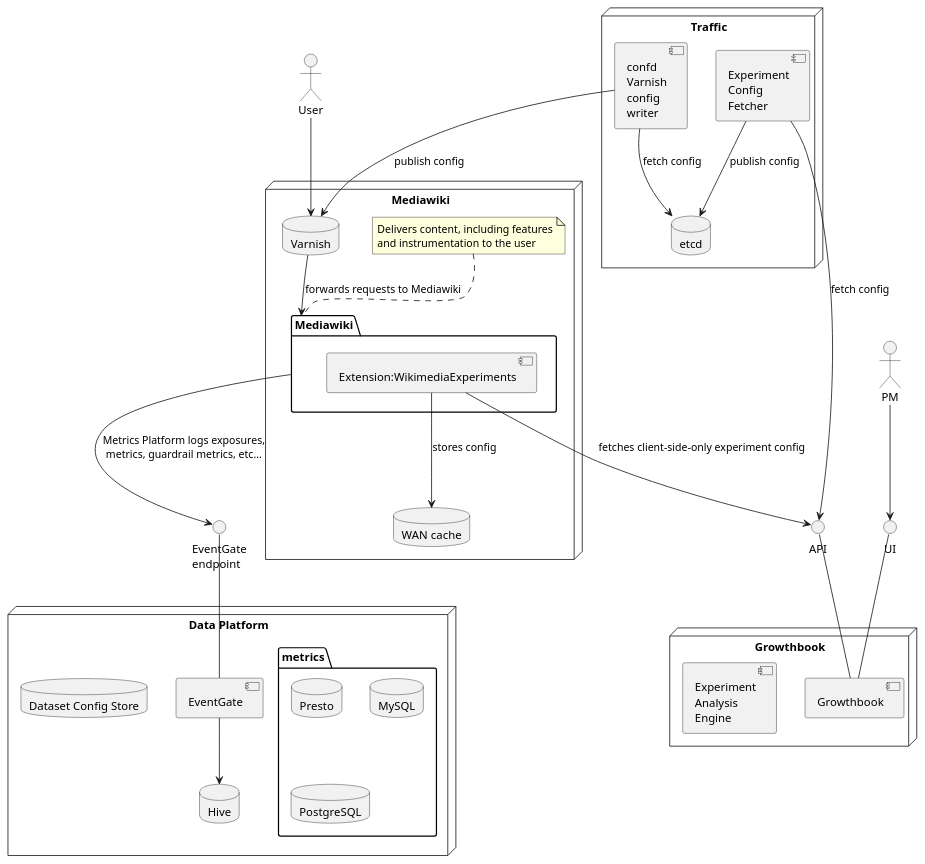
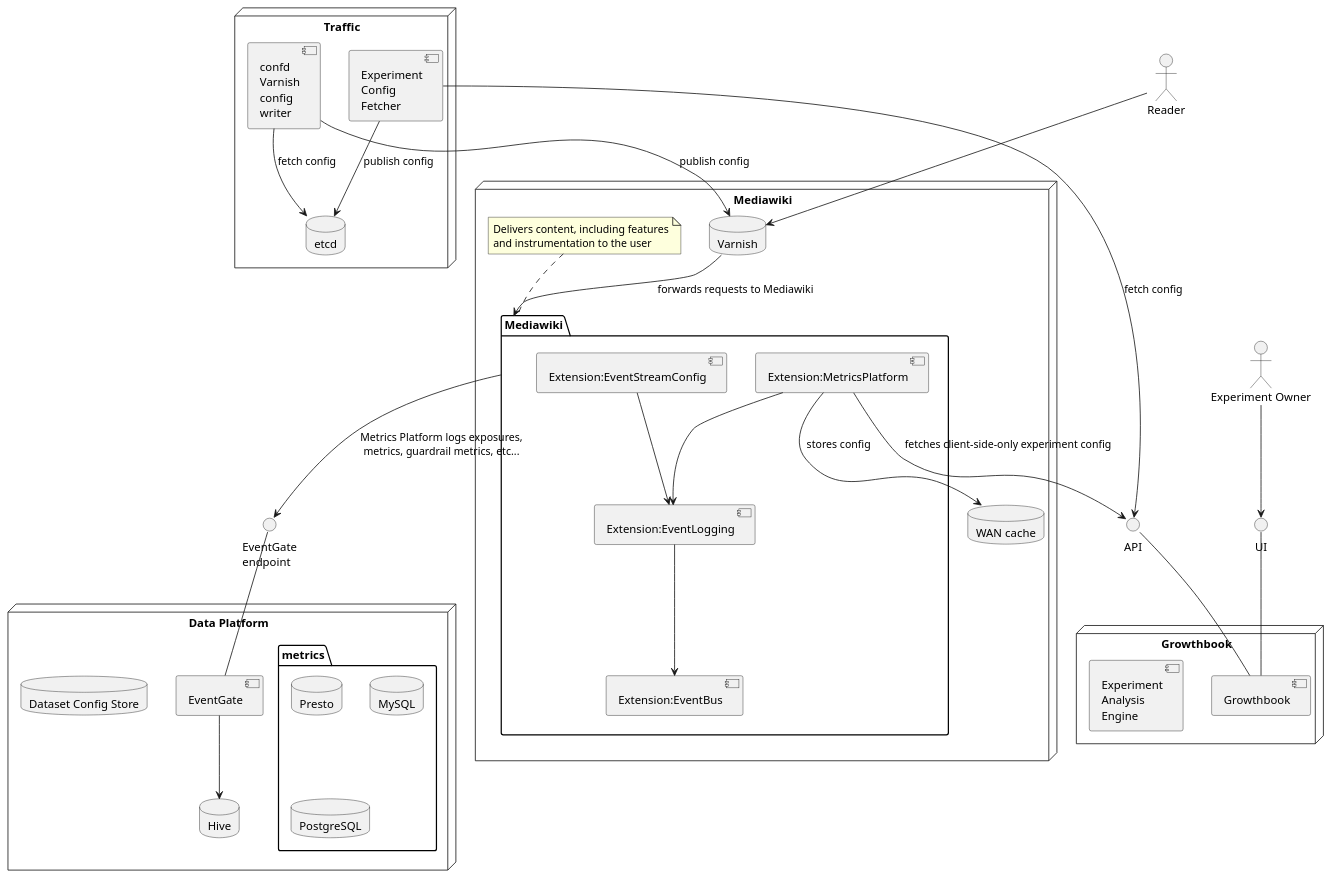
One commit to gehel/notes changed the diagram in growthbook/growthbook-overview.puml. Above: the diagram before and after it, drawn with PlantUML.

Commit message:
evolution of growthbook diagram

```diff
--- a/growthbook/growthbook-overview.puml
+++ b/growthbook/growthbook-overview.puml
@@ -1,70 +1,77 @@
 @startuml
 'https://plantuml.com/component-diagram
 
 () UI
 () API
-actor PM
-PM --> UI
+actor "Experiment Owner" as ExpOwner
+ExpOwner --> UI
 node Growthbook as gb {
   UI -- [Growthbook]
   API -- [Growthbook]
   [Experiment\nAnalysis\nEngine]
 }
 
 
 () "EventGate\nendpoint" as eventgate_API
 node "Data Platform" as dp {
   [EventGate] -up- eventgate_API
 
   database Hive
   [EventGate] --> Hive
 
   database "Dataset Config Store" as dataset_config_store
 
   package metrics {
     database Presto
     database MySQL
     database PostgreSQL
   }
 }
 
 
 node Mediawiki as mw {
   database Varnish
 
   Varnish --> [Mediawiki]: forwards requests to Mediawiki
 
   package Mediawiki {
-    [Extension:WikimediaExperiments]
+    [Extension:EventStreamConfig]
+    [Extension:MetricsPlatform]
+    [Extension:EventLogging]
+    [Extension:EventBus]
+
+    [Extension:EventStreamConfig] --> [Extension:EventLogging]
+    [Extension:MetricsPlatform] --> [Extension:EventLogging]
+    [Extension:EventLogging] --> [Extension:EventBus]
   }
 
   note top of Mediawiki
     Delivers content, including features
     and instrumentation to the user
   end note
 
   database "WAN cache" as wan_cache
 
-  [Extension:WikimediaExperiments] --> API: fetches client-side-only experiment config
-  [Extension:WikimediaExperiments] --> wan_cache: stores config
+  [Extension:MetricsPlatform] --> API: fetches client-side-only experiment config
+  [Extension:MetricsPlatform] --> wan_cache: stores config
 
   Mediawiki --> eventgate_API: Metrics Platform logs exposures,\nmetrics, guardrail metrics, etc...
 }
-actor User
-User --> Varnish
+actor Reader
+Reader --> Varnish
 
 
 node Traffic {
   database etcd
 
   [Experiment\nConfig\nFetcher] --> API: fetch config
   [Experiment\nConfig\nFetcher] --> etcd: publish config
 
   [confd\nVarnish\nconfig\nwriter] --> etcd: fetch config
   [confd\nVarnish\nconfig\nwriter] --> Varnish: publish config
 }
 
 
 
 
 @enduml
```
